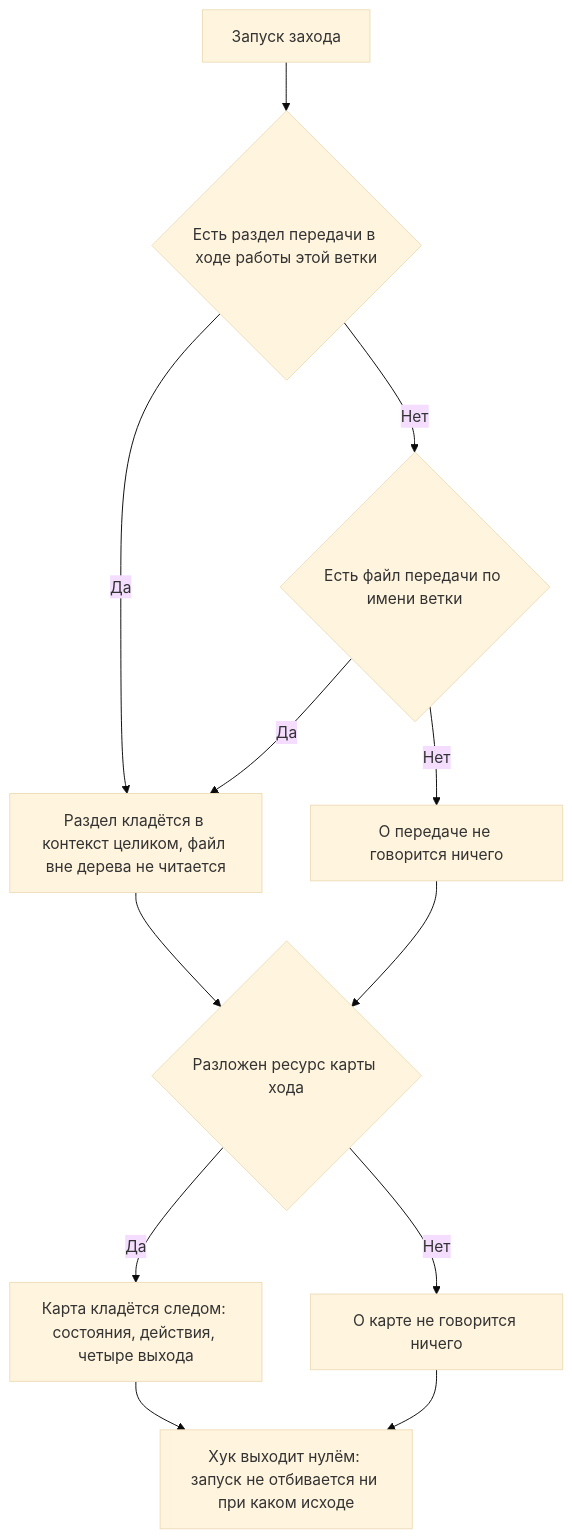
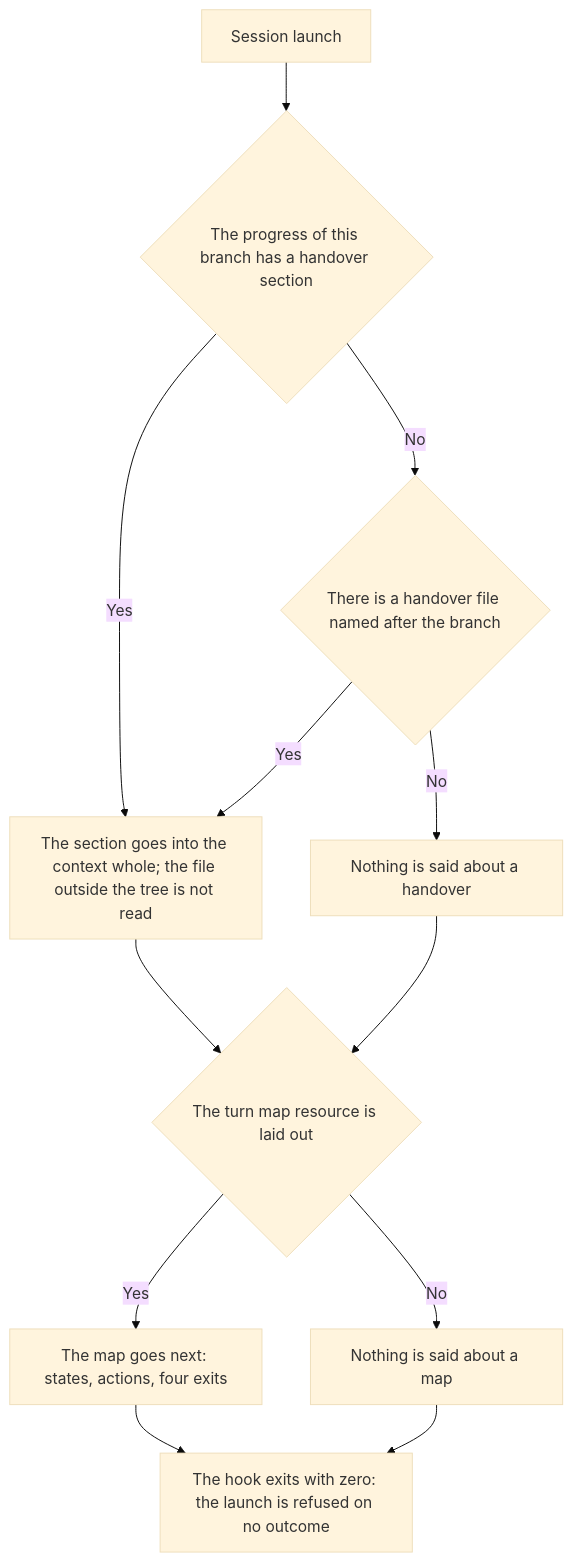
Before and after one commit to Eyhenij/rt-tools: the diagram in .claude/skills/turn-entry/SKILL.md, drawn with Mermaid (base theme). The commit also changed other lines of this file and 71 other files, not shown here.

````diff
--- a/.claude/skills/turn-entry/SKILL.md
+++ b/.claude/skills/turn-entry/SKILL.md
@@ -34,14 +36,14 @@
 ```mermaid
 flowchart TD
-    A[Запуск захода] --> B{Есть раздел передачи в ходе работы этой ветки}
-    B -->|Да| C[Раздел кладётся в контекст целиком, файл вне дерева не читается]
-    B -->|Нет| B2{Есть файл передачи по имени ветки}
-    B2 -->|Да| C
-    B2 -->|Нет| D[О передаче не говорится ничего]
-    C --> E{Разложен ресурс карты хода}
+    A[Session launch] --> B{The progress of this branch has a handover section}
+    B -->|Yes| C[The section goes into the context whole; the file outside the tree is not read]
+    B -->|No| B2{There is a handover file named after the branch}
+    B2 -->|Yes| C
+    B2 -->|No| D[Nothing is said about a handover]
+    C --> E{The turn map resource is laid out}
     D --> E
-    E -->|Да| F[Карта кладётся следом: состояния, действия, четыре выхода]
-    E -->|Нет| G[О карте не говорится ничего]
-    F --> H[Хук выходит нулём: запуск не отбивается ни при каком исходе]
+    E -->|Yes| F[The map goes next: states, actions, four exits]
+    E -->|No| G[Nothing is said about a map]
+    F --> H[The hook exits with zero: the launch is refused on no outcome]
     G --> H
 ```
````
